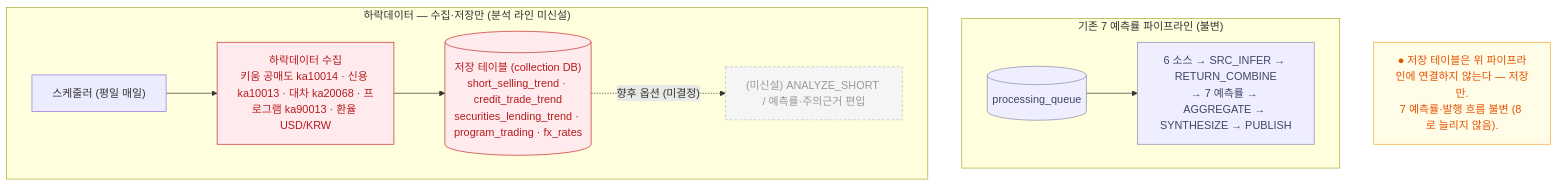
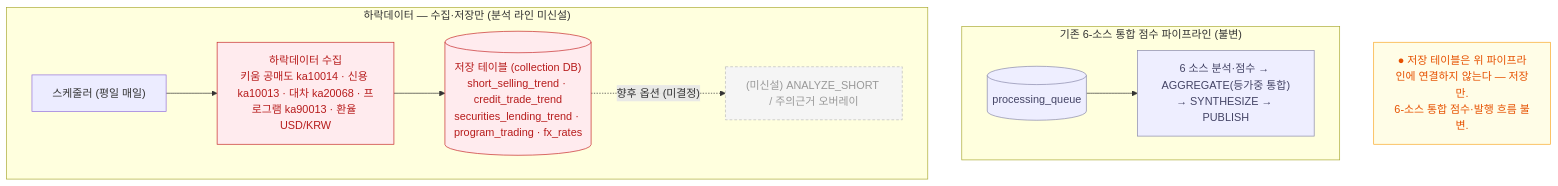
One commit to AIX14-3/signal-alpha changed the third of 3 diagrams in docs/spec/worker-pipeline-detailed.md. Above: the diagram before and after it, drawn with Mermaid. The commit also changed other lines of this file, not shown here.

First line of the commit message:
docs(spec): 워커 파이프라인 설계도 최신화 — 메타러너 폐기·6소스 통합 점수

````diff
--- a/docs/spec/worker-pipeline-detailed.md
+++ b/docs/spec/worker-pipeline-detailed.md
@@ -198,23 +249,23 @@
 ```mermaid
 flowchart TB
-  subgraph MAIN["기존 7 예측률 파이프라인 (불변)"]
-    Q[("processing_queue")] --> pipe["6 소스 → SRC_INFER → RETURN_COMBINE<br/>→ 7 예측률 → AGGREGATE → SYNTHESIZE → PUBLISH"]
+  subgraph MAIN["기존 6-소스 통합 점수 파이프라인 (불변)"]
+    Q[("processing_queue")] --> pipe["6 소스 분석·점수 → AGGREGATE(등가중 통합)<br/>→ SYNTHESIZE → PUBLISH"]
   end
 
   subgraph STORE["하락데이터 — 수집·저장만 (분석 라인 미신설)"]
     cron2["스케줄러 (평일 매일)"] --> dc["하락데이터 수집<br/>키움 공매도 ka10014 · 신용 ka10013 · 대차 ka20068 · 프로그램 ka90013 · 환율 USD/KRW"]
     dc --> DT[("저장 테이블 (collection DB)<br/>short_selling_trend · credit_trade_trend<br/>securities_lending_trend · program_trading · fx_rates")]
-    DT -. "향후 옵션 (미결정)" .-> ghost["(미신설) ANALYZE_SHORT / 예측률·주의근거 편입"]
+    DT -. "향후 옵션 (미결정)" .-> ghost["(미신설) ANALYZE_SHORT / 주의근거 오버레이"]
   end
 
-  note["● 저장 테이블은 위 파이프라인에 연결하지 않는다 — 저장만.<br/>7 예측률·발행 흐름 불변 (8 로 늘리지 않음)."]
+  note["● 저장 테이블은 위 파이프라인에 연결하지 않는다 — 저장만.<br/>6-소스 통합 점수·발행 흐름 불변."]
 
   classDef down fill:#ffebee,stroke:#c62828,color:#b71c1c;
   classDef ghost fill:#f5f5f5,stroke:#bbbbbb,color:#999999,stroke-dasharray:4 3;
   classDef mainc fill:#eeeeff,stroke:#8888aa,color:#444466;
   classDef notec fill:#fffde7,stroke:#f9a825,color:#e65100;
   class dc,DT down;
   class ghost ghost;
   class Q,pipe mainc;
   class note notec;
 ```
````
